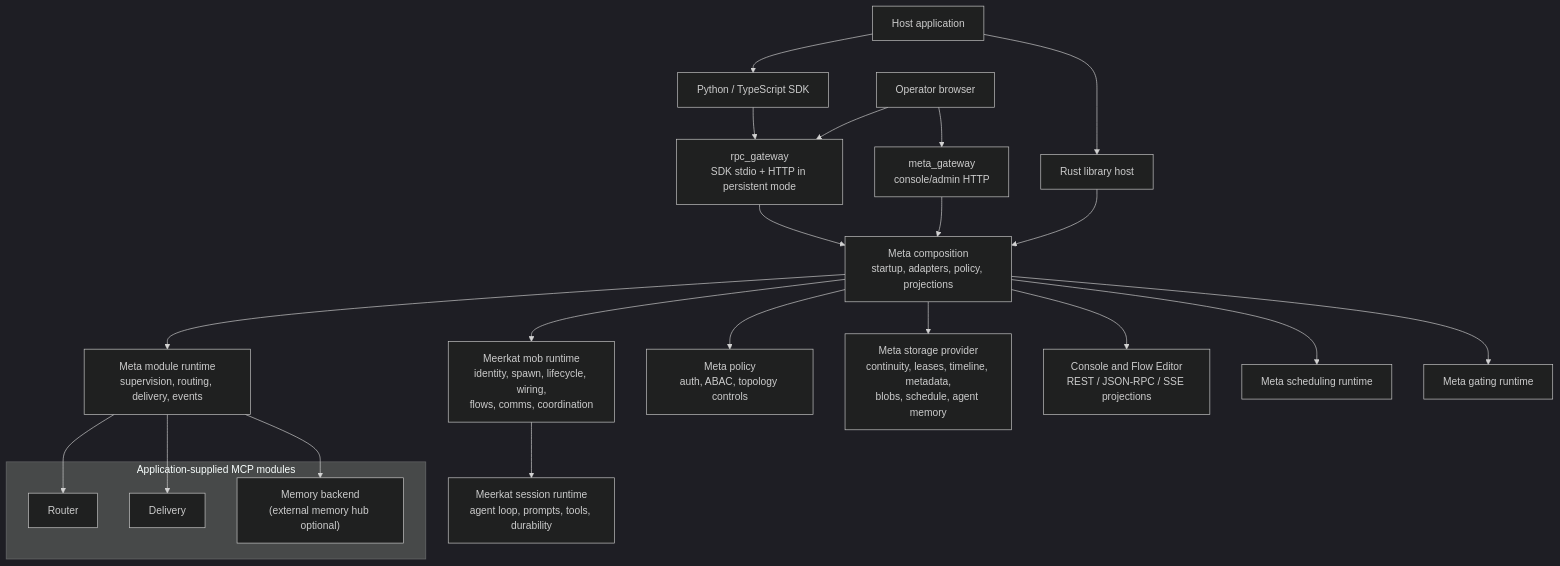
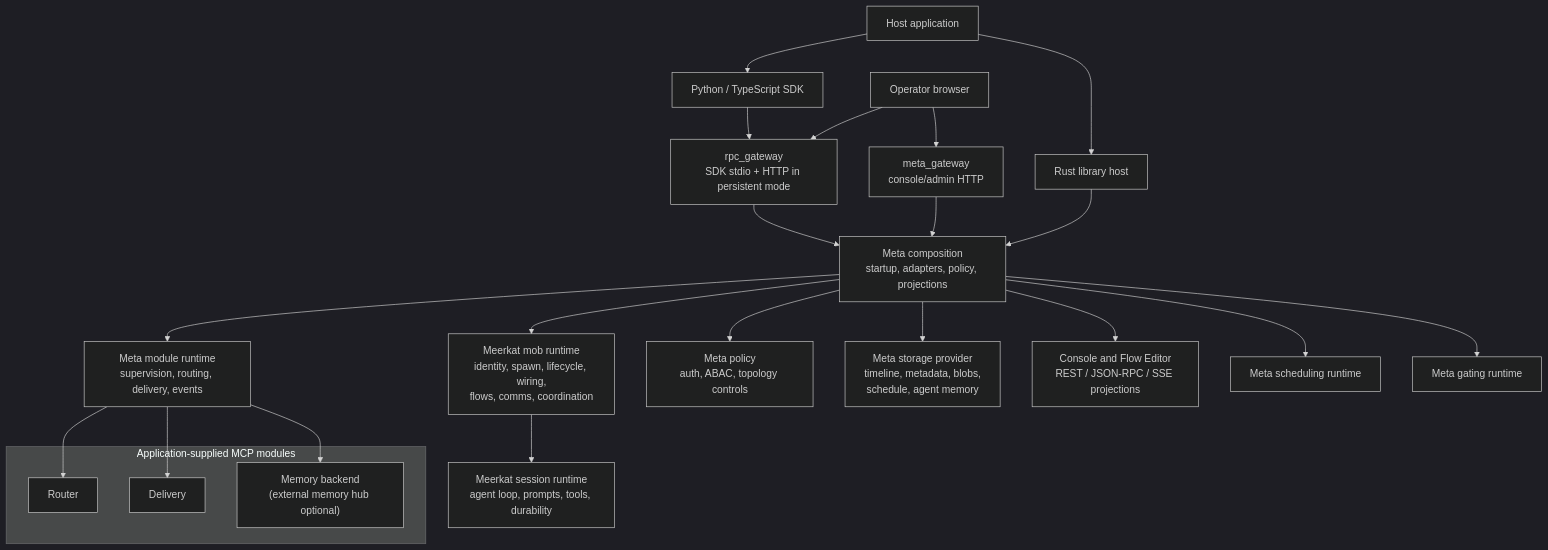
The first of 2 diagrams in docs/mobkit/reference/architecture.mdx (carenic/meerkat), drawn with Mermaid (dark theme) before and after one commit. The commit also changed other lines of this file and 32 other files, not shown here.

````diff
--- a/docs/mobkit/reference/architecture.mdx
+++ b/docs/mobkit/reference/architecture.mdx
@@ -46,46 +46,46 @@
 ```mermaid
 graph TD
     APP["Host application"]
     SDK["Python / TypeScript SDK"]
     OPERATOR["Operator browser"]
     LIB["Rust library host"]
     RPCG["rpc_gateway<br/>SDK stdio + HTTP in persistent mode"]
     HTTPG["meta_gateway<br/>console/admin HTTP"]
     UNIFIED["Meta composition<br/>startup, adapters, policy, projections"]
     MOB["Meerkat mob runtime<br/>identity, spawn, lifecycle, wiring,<br/>flows, comms, coordination"]
     SESSION["Meerkat session runtime<br/>agent loop, prompts, tools, durability"]
     MODULES["Meta module runtime<br/>supervision, routing, delivery, events"]
     POLICY["Meta policy<br/>auth, ABAC, topology controls"]
-    STORES["Meta storage provider<br/>continuity, leases, timeline, metadata,<br/>blobs, schedule, agent memory"]
+    STORES["Meta storage provider<br/>timeline, metadata, blobs,<br/>schedule, agent memory"]
     CONSOLE["Console and Flow Editor<br/>REST / JSON-RPC / SSE projections"]
     SCHEDULING["Meta scheduling runtime"]
     GATING["Meta gating runtime"]
 
     subgraph subsystems["Application-supplied MCP modules"]
         ROUTER["Router"]
         DELIVERY["Delivery"]
         MEMORY["Memory backend<br/>(external memory hub optional)"]
     end
 
     APP --> SDK
     APP --> LIB
     SDK --> RPCG
     OPERATOR --> HTTPG
     OPERATOR --> RPCG
     RPCG --> UNIFIED
     HTTPG --> UNIFIED
     LIB --> UNIFIED
     UNIFIED --> MOB
     MOB --> SESSION
     UNIFIED --> MODULES
     UNIFIED --> POLICY
     UNIFIED --> STORES
     UNIFIED --> CONSOLE
     UNIFIED --> SCHEDULING
     UNIFIED --> GATING
 
     MODULES --> ROUTER
     MODULES --> DELIVERY
     MODULES --> MEMORY
 
 ```
````
